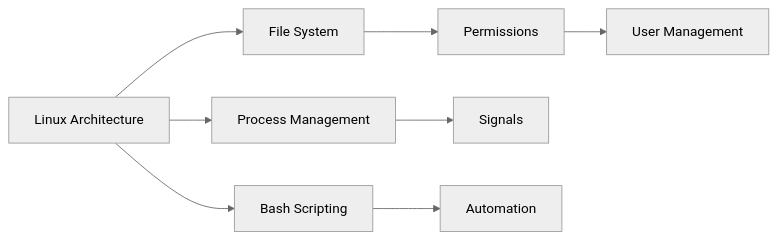
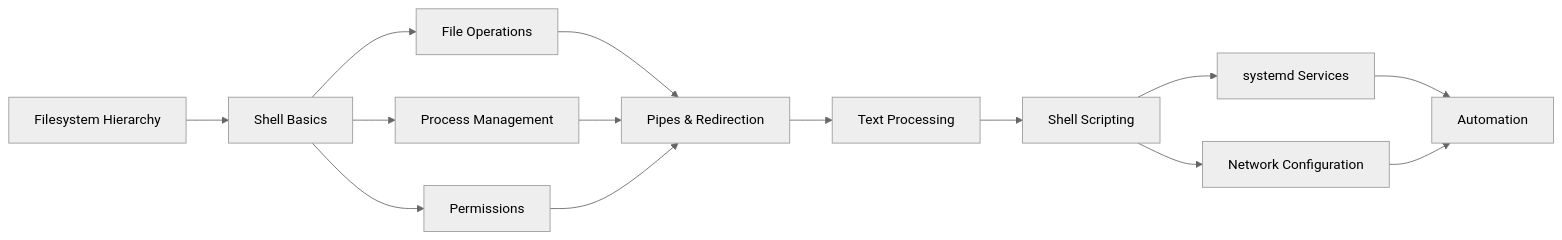
Before and after one commit to Raushan666java/ai-engineering-journey: the diagram in docs/courses/devops/02-linux-basics.md, drawn with Mermaid (neutral theme). The commit also changed other lines of this file and 62 other files, not shown here.

````diff
--- a/docs/courses/devops/02-linux-basics.md
+++ b/docs/courses/devops/02-linux-basics.md
@@ -32,10 +31,15 @@
 ```mermaid
 flowchart LR
-    A[Linux Architecture] --> B[File System]
-    B --> C[Permissions]
-    C --> D[User Management]
-    A --> E[Process Management]
-    E --> F[Signals]
-    A --> G[Bash Scripting]
-    G --> H[Automation]
+    A[Filesystem Hierarchy] --> B[Shell Basics]
+    B --> C[File Operations]
+    B --> D[Process Management]
+    B --> E[Permissions]
+    C --> F[Pipes & Redirection]
+    D --> F
+    E --> F
+    F --> G[Text Processing]
+    G --> H[Shell Scripting]
+    H --> I[systemd Services]
+    H --> J[Network Configuration]
+    I & J --> K[Automation]
 ```
````
